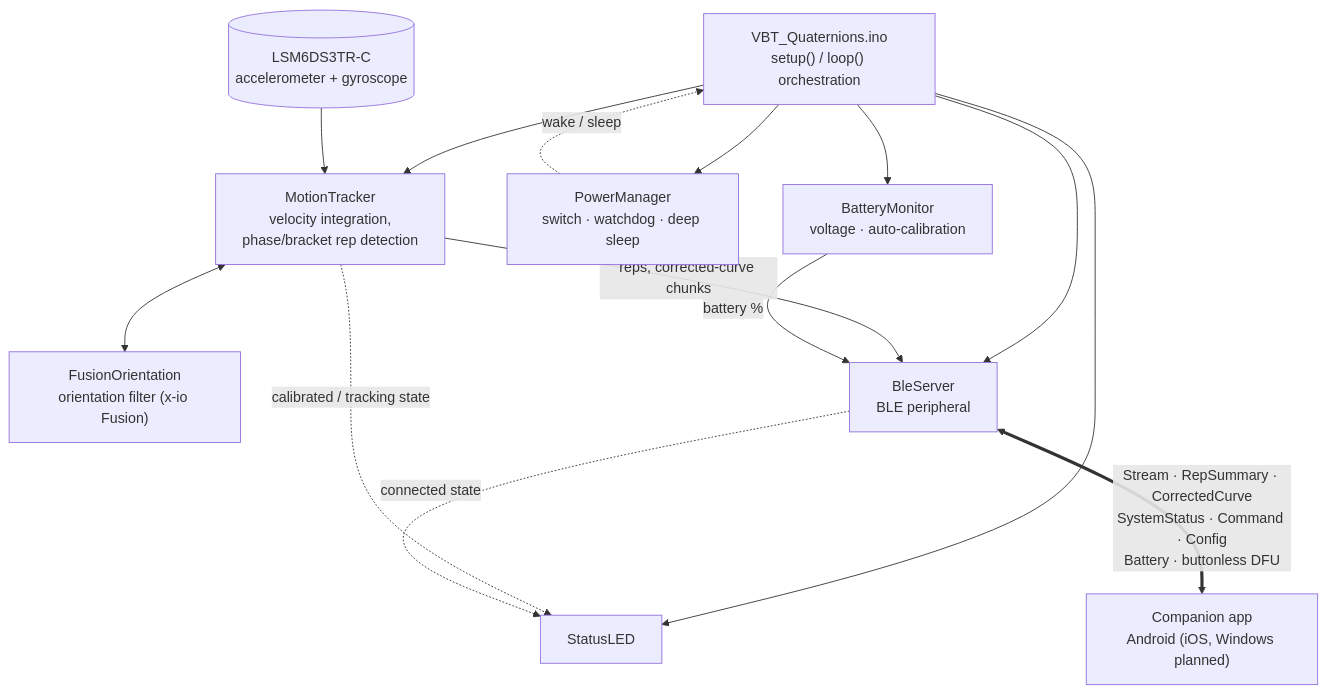
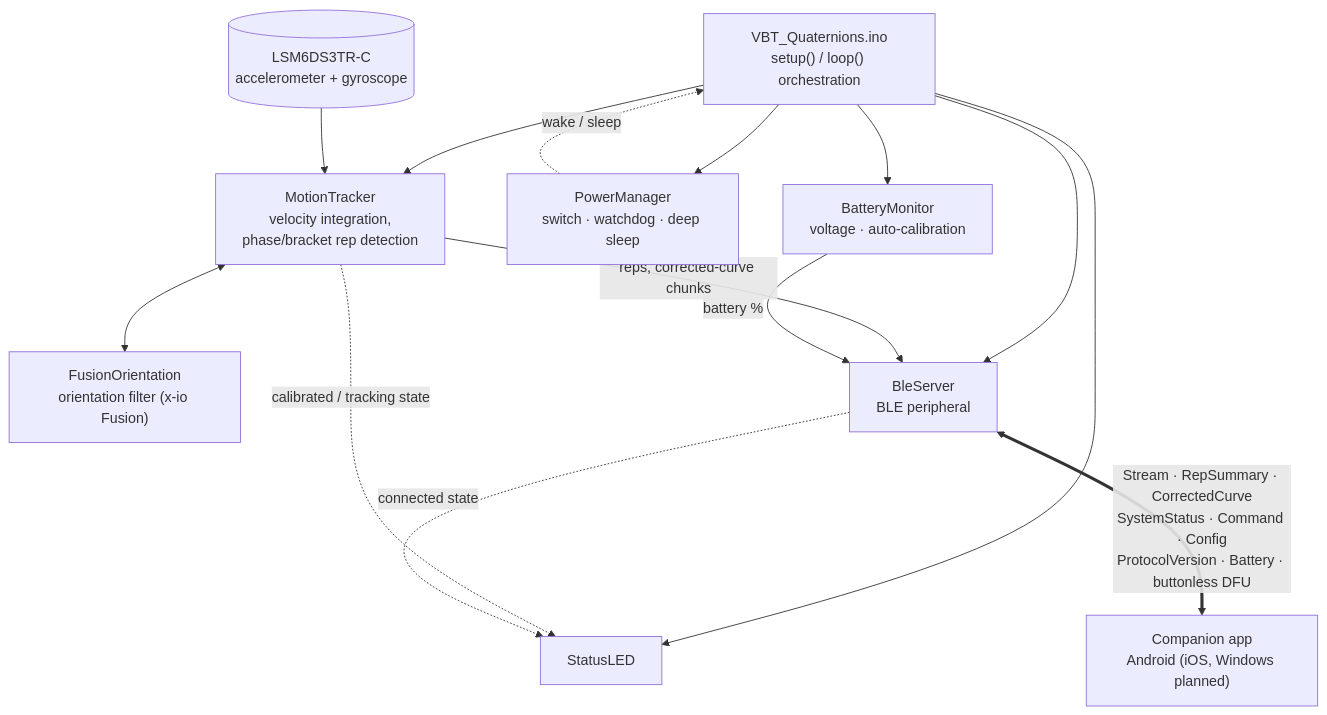
Before and after one commit to ODKI-tech/ODKI-VBT: the diagram in Firmware/DOCUMENTATION.md, drawn with Mermaid. The commit also changed other lines of this file and 12 other files, not shown here.

````diff
--- a/Firmware/DOCUMENTATION.md
+++ b/Firmware/DOCUMENTATION.md
@@ -32,29 +32,29 @@
 ```mermaid
 flowchart TB
     ORCH["VBT_Quaternions.ino<br/>setup() / loop() orchestration"]
 
     IMU[("LSM6DS3TR-C<br/>accelerometer + gyroscope")]
     AHRS["FusionOrientation<br/>orientation filter (x-io Fusion)"]
     MT["MotionTracker<br/>velocity integration,<br/>phase/bracket rep detection"]
     PM["PowerManager<br/>switch · watchdog · deep sleep"]
     BATT["BatteryMonitor<br/>voltage · auto-calibration"]
     LED["StatusLED"]
     BLE["BleServer<br/>BLE peripheral"]
 
     ORCH --> PM
     ORCH --> BATT
     ORCH --> MT
     ORCH --> LED
     ORCH --> BLE
 
     IMU --> MT
     MT <--> AHRS
 
     MT -- "reps, corrected-curve chunks" --> BLE
     BATT -- "battery %" --> BLE
     PM -. "wake / sleep" .-> ORCH
     MT -. "calibrated / tracking state" .-> LED
     BLE -. "connected state" .-> LED
 
-    BLE <==>|"Stream · RepSummary · CorrectedCurve<br/>SystemStatus · Command · Config<br/>Battery · buttonless DFU"| APP["Companion app<br/>Android (iOS, Windows planned)"]
+    BLE <==>|"Stream · RepSummary · CorrectedCurve<br/>SystemStatus · Command · Config<br/>ProtocolVersion · Battery · buttonless DFU"| APP["Companion app<br/>Android (iOS, Windows planned)"]
 ```
````
